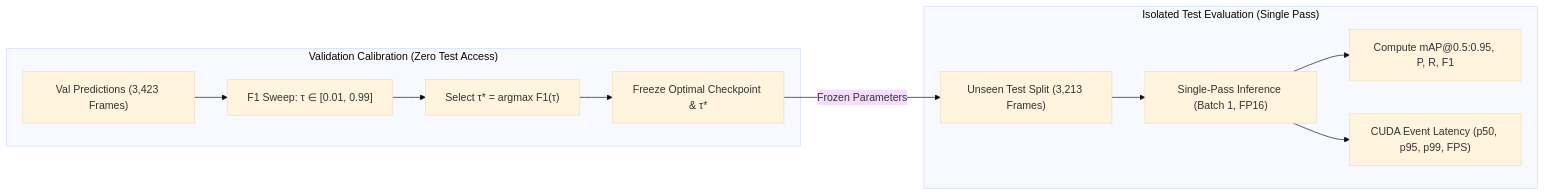
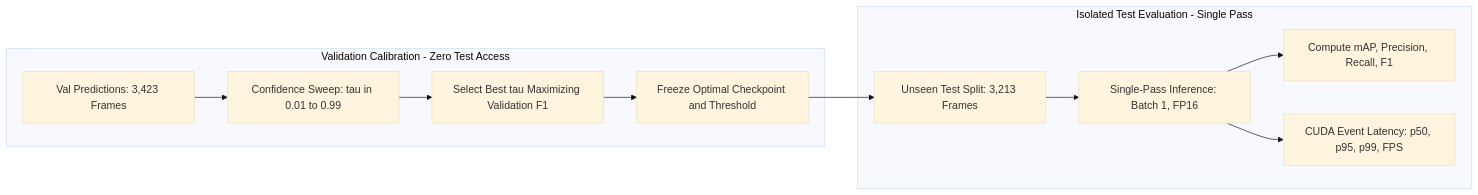
One commit to IamOumarIbrahim/DMS-Eval changed the diagram in docs/evaluation-protocol.md. Above: the diagram before and after it, drawn with Mermaid (base theme). The commit also changed 2 other files, not shown here.

Commit message:
Fix Mermaid diagram rendering in README and protocol docs

````diff
--- a/docs/evaluation-protocol.md
+++ b/docs/evaluation-protocol.md
@@ -136,15 +136,15 @@
 ```mermaid
 flowchart LR
-    subgraph Val["Validation Calibration (Zero Test Access)"]
-        V1["Val Predictions (3,423 Frames)"] --> V2["F1 Sweep: τ ∈ [0.01, 0.99]"]
-        V2 --> V3["Select τ* = argmax F1(τ)"]
-        V3 --> V4["Freeze Optimal Checkpoint & τ*"]
+    subgraph Val["Validation Calibration - Zero Test Access"]
+        V1["Val Predictions: 3,423 Frames"] --> V2["Confidence Sweep: tau in 0.01 to 0.99"]
+        V2 --> V3["Select Best tau Maximizing Validation F1"]
+        V3 --> V4["Freeze Optimal Checkpoint and Threshold"]
     end
 
-    subgraph Test["Isolated Test Evaluation (Single Pass)"]
-        V4 -->|Frozen Parameters| T1["Unseen Test Split (3,213 Frames)"]
-        T1 --> T2["Single-Pass Inference (Batch 1, FP16)"]
-        T2 --> T3["Compute mAP@0.5:0.95, P, R, F1"]
-        T2 --> T4["CUDA Event Latency (p50, p95, p99, FPS)"]
+    subgraph Test["Isolated Test Evaluation - Single Pass"]
+        V4 --> T1["Unseen Test Split: 3,213 Frames"]
+        T1 --> T2["Single-Pass Inference: Batch 1, FP16"]
+        T2 --> T3["Compute mAP, Precision, Recall, F1"]
+        T2 --> T4["CUDA Event Latency: p50, p95, p99, FPS"]
     end
 ```
````
